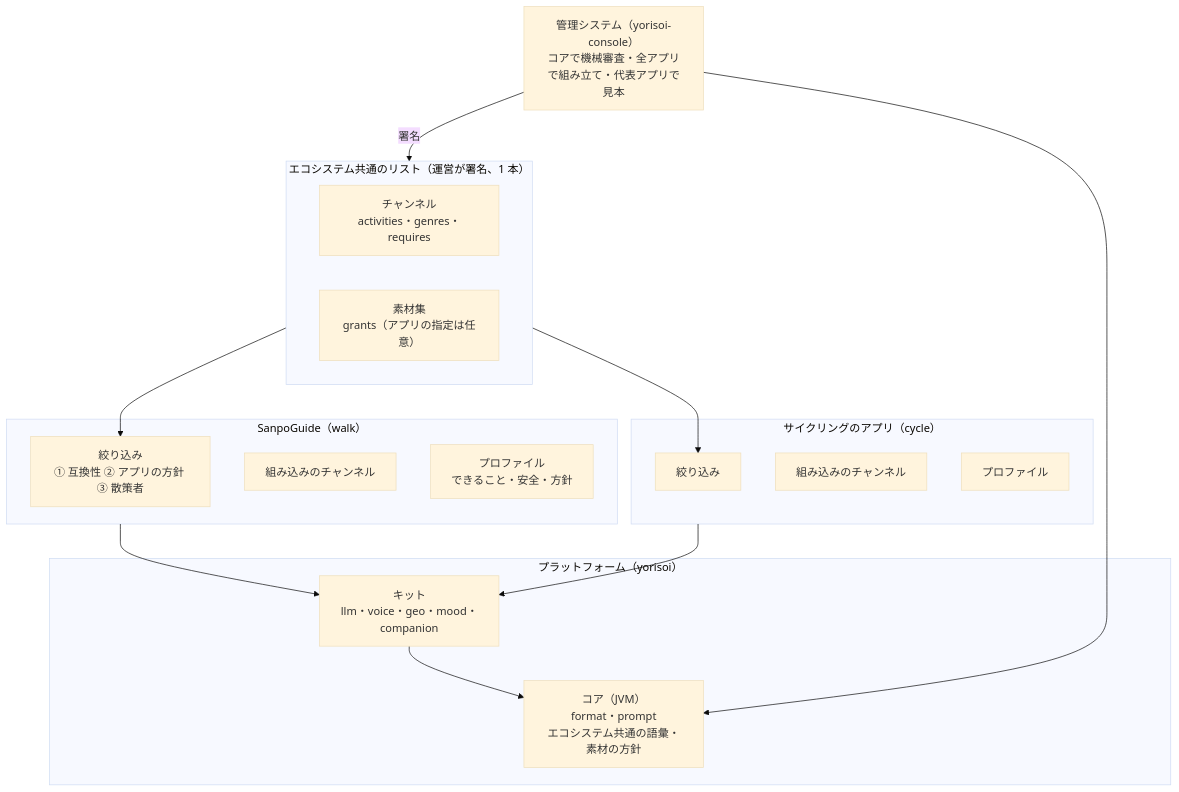
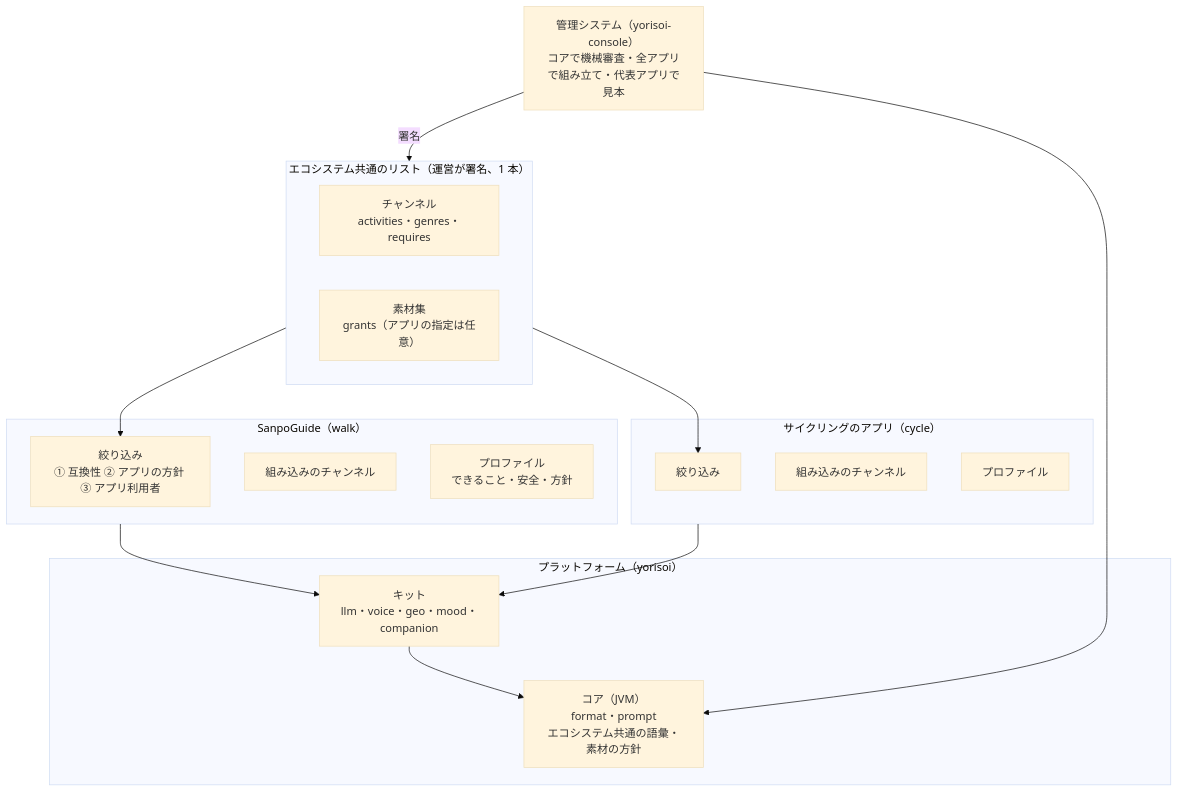
One commit to duwenji/yorisoi-platform changed the diagram in docs/decisions/ADR-ECOSYSTEM-PLATFORM.md. Above: the diagram before and after it, drawn with Mermaid (base theme). The commit also changed other lines of this file and 32 other files, not shown here.

````diff
--- a/docs/decisions/ADR-ECOSYSTEM-PLATFORM.md
+++ b/docs/decisions/ADR-ECOSYSTEM-PLATFORM.md
@@ -116,25 +116,25 @@
 ```mermaid
 flowchart TB
     subgraph POOL["エコシステム共通のリスト（運営が署名、1 本）"]
         CH["チャンネル<br/>activities・genres・requires"]
         COL["素材集<br/>grants（アプリの指定は任意）"]
     end
     subgraph A1["SanpoGuide（walk）"]
-        F1["絞り込み<br/>① 互換性 ② アプリの方針 ③ 散策者"]
+        F1["絞り込み<br/>① 互換性 ② アプリの方針 ③ アプリ利用者"]
         B1["組み込みのチャンネル"]
         P1["プロファイル<br/>できること・安全・方針"]
     end
     subgraph A2["サイクリングのアプリ（cycle）"]
         F2["絞り込み"]
         B2["組み込みのチャンネル"]
         P2["プロファイル"]
     end
     POOL --> F1 & F2
     subgraph PF["プラットフォーム（yorisoi）"]
         K["キット<br/>llm・voice・geo・mood・companion"]
         C["コア（JVM）<br/>format・prompt<br/>エコシステム共通の語彙・素材の方針"]
     end
     A1 & A2 --> K --> C
     OPS["管理システム（yorisoi-console）<br/>コアで機械審査・全アプリで組み立て・代表アプリで見本"] -- "署名" --> POOL
     OPS --> C
 ```
````
